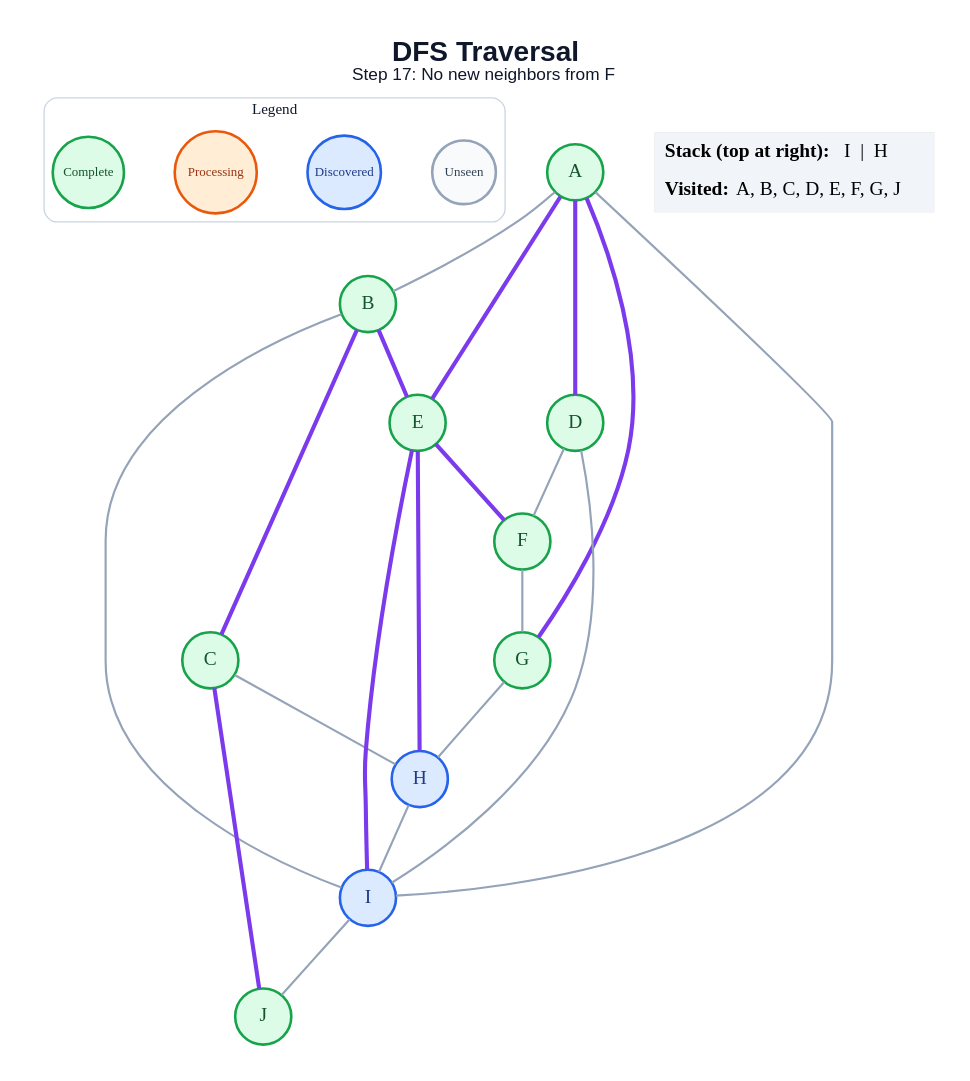
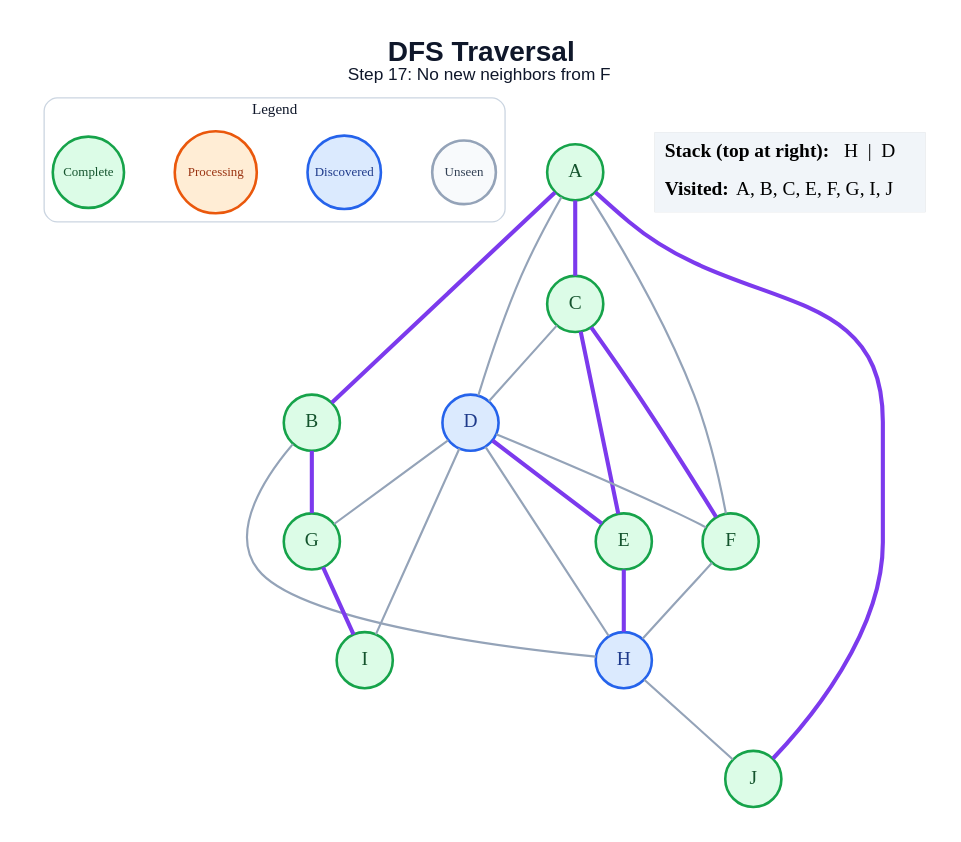
Before and after one commit to anon7238593-create/ai-slop: the diagram in generated/specific-node/dfs/step_17.dot, drawn with Graphviz. The commit also changed 178 other files, not shown here.

```diff
--- a/generated/specific-node/dfs/step_17.dot
+++ b/generated/specific-node/dfs/step_17.dot
@@ -1,48 +1,48 @@
 graph traversal {
   graph [layout=dot, rankdir=TB, bgcolor="#FFFFFF", pad="0.35", nodesep="0.65", ranksep="0.8", fontname="Arial"];
   node [shape=circle, style="filled", fontname="Arial Bold", fontsize=18, width=0.72, fixedsize=true, penwidth=2.4];
   edge [color="#94A3B8", penwidth=2.0];
   label=<<B>DFS Traversal</B><BR/><FONT POINT-SIZE="16">Step 17: No new neighbors from F</FONT>>; labelloc="t"; fontsize=26; fontname="Arial"; fontcolor="#0F172A";
   subgraph cluster_legend { label="Legend"; color="#CBD5E1"; penwidth=1.2; style="rounded"; fontsize=14; fontname="Arial Bold";
     key_unseen [label="Unseen", fillcolor="#F8FAFC", color="#94A3B8", fontcolor="#334155", fontsize=12, width=0.82];
     key_frontier [label="Discovered", fillcolor="#DBEAFE", color="#2563EB", fontcolor="#1E3A8A", fontsize=12, width=0.95];
     key_current [label="Processing", fillcolor="#FFEDD5", color="#EA580C", fontcolor="#9A3412", fontsize=12, width=1.05];
     key_done [label="Complete", fillcolor="#DCFCE7", color="#16A34A", fontcolor="#14532D", fontsize=12, width=0.92];
     { rank=same; key_unseen; key_frontier; key_current; key_done; }
   }
   A [fillcolor="#DCFCE7", color="#16A34A", fontcolor="#14532D"];
   B [fillcolor="#DCFCE7", color="#16A34A", fontcolor="#14532D"];
   C [fillcolor="#DCFCE7", color="#16A34A", fontcolor="#14532D"];
-  D [fillcolor="#DCFCE7", color="#16A34A", fontcolor="#14532D"];
+  D [fillcolor="#DBEAFE", color="#2563EB", fontcolor="#1E3A8A"];
   E [fillcolor="#DCFCE7", color="#16A34A", fontcolor="#14532D"];
   F [fillcolor="#DCFCE7", color="#16A34A", fontcolor="#14532D"];
   G [fillcolor="#DCFCE7", color="#16A34A", fontcolor="#14532D"];
   H [fillcolor="#DBEAFE", color="#2563EB", fontcolor="#1E3A8A"];
-  I [fillcolor="#DBEAFE", color="#2563EB", fontcolor="#1E3A8A"];
+  I [fillcolor="#DCFCE7", color="#16A34A", fontcolor="#14532D"];
   J [fillcolor="#DCFCE7", color="#16A34A", fontcolor="#14532D"];
-  A -- B;
-  A -- D [color="#7C3AED", penwidth=3.8];
-  A -- E [color="#7C3AED", penwidth=3.8];
-  A -- G [color="#7C3AED", penwidth=3.8];
-  A -- I;
-  B -- C [color="#7C3AED", penwidth=3.8];
-  B -- E [color="#7C3AED", penwidth=3.8];
-  B -- I;
-  C -- H;
-  C -- J [color="#7C3AED", penwidth=3.8];
+  A -- B [color="#7C3AED", penwidth=3.8];
+  A -- C [color="#7C3AED", penwidth=3.8];
+  A -- D;
+  A -- F;
+  A -- J [color="#7C3AED", penwidth=3.8];
+  B -- G [color="#7C3AED", penwidth=3.8];
+  B -- H;
+  C -- D;
+  C -- E [color="#7C3AED", penwidth=3.8];
+  C -- F [color="#7C3AED", penwidth=3.8];
+  D -- E [color="#7C3AED", penwidth=3.8];
   D -- F;
+  D -- G;
+  D -- H;
   D -- I;
-  E -- F [color="#7C3AED", penwidth=3.8];
   E -- H [color="#7C3AED", penwidth=3.8];
-  E -- I [color="#7C3AED", penwidth=3.8];
-  F -- G;
-  G -- H;
-  H -- I;
-  I -- J;
+  F -- H;
+  G -- I [color="#7C3AED", penwidth=3.8];
+  H -- J;
   status [shape=plain, fixedsize=false, width=0, height=0, margin=0, label=<
     <TABLE BORDER="0" CELLBORDER="0" CELLPADDING="7" BGCOLOR="#F1F5F9">
-      <TR><TD ALIGN="LEFT"><B>Stack (top at right):</B> I  |  H</TD></TR>
-      <TR><TD ALIGN="LEFT"><B>Visited:</B> A, B, C, D, E, F, G, J</TD></TR>
+      <TR><TD ALIGN="LEFT"><B>Stack (top at right):</B> H  |  D</TD></TR>
+      <TR><TD ALIGN="LEFT"><B>Visited:</B> A, B, C, E, F, G, I, J</TD></TR>
     </TABLE>
   >];
 }
```
